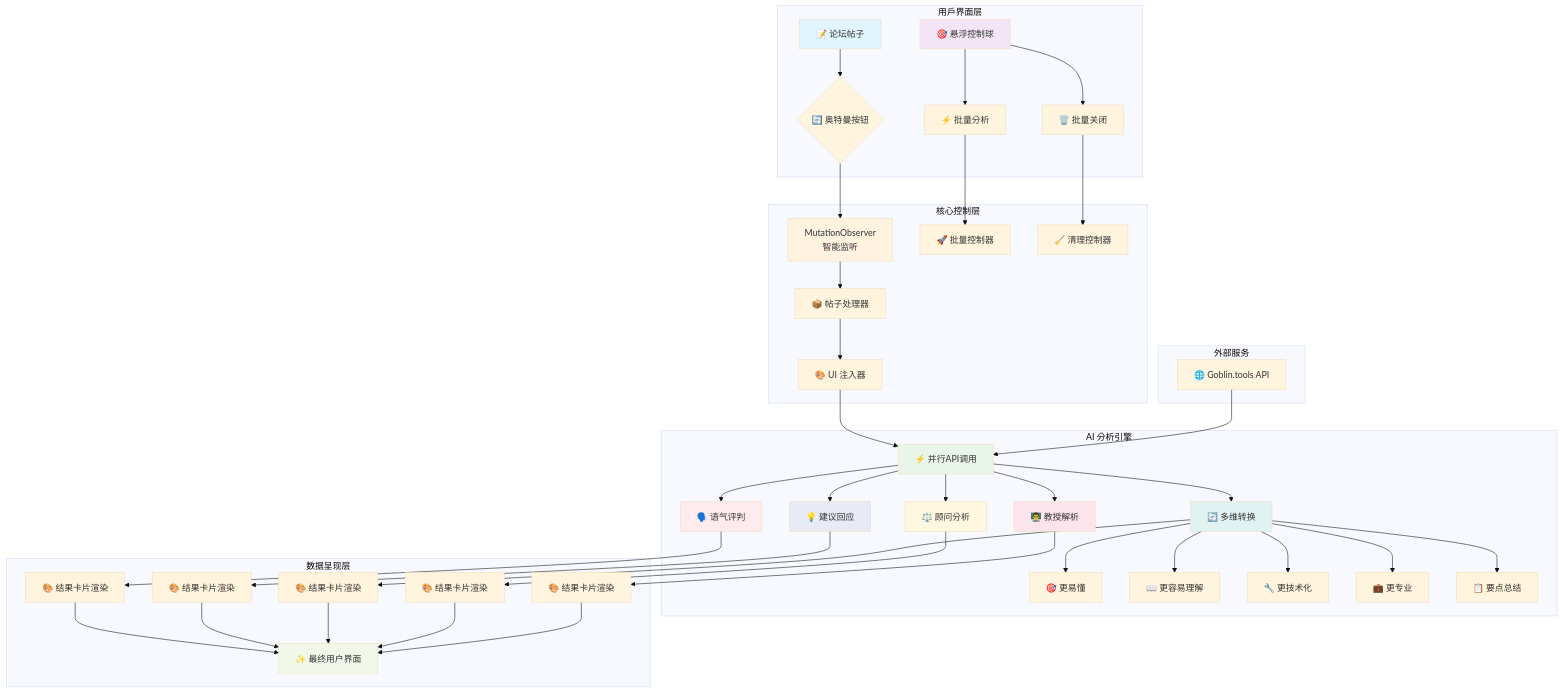
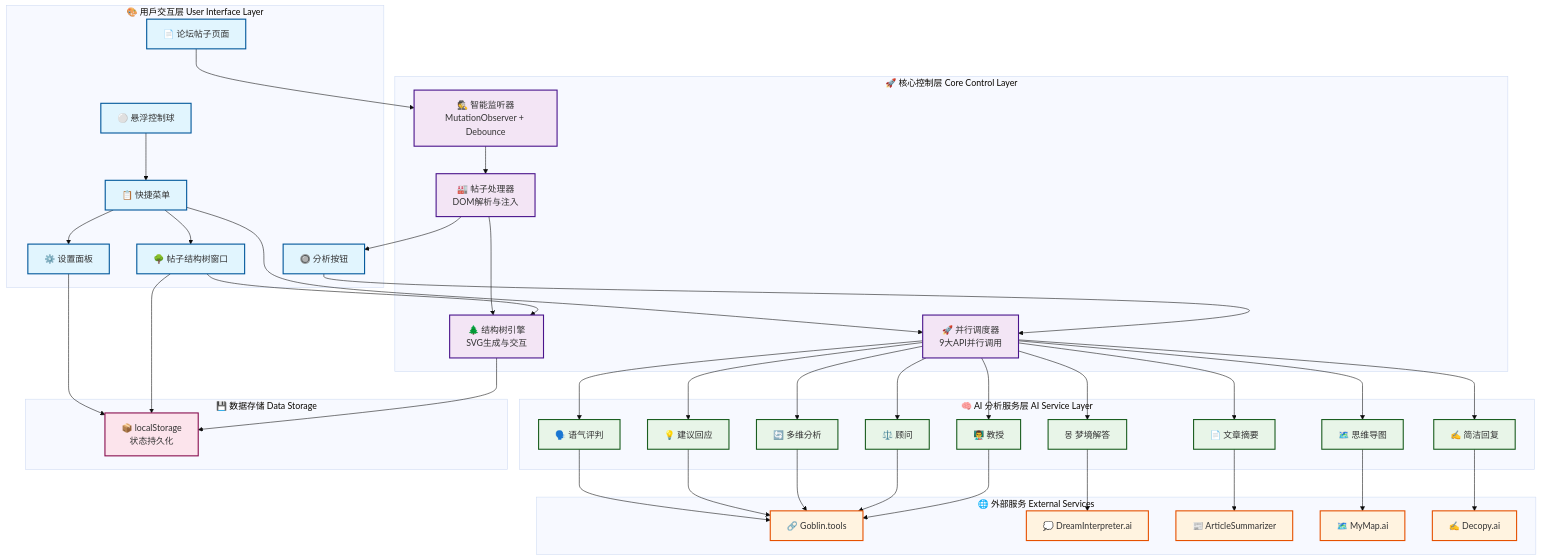
Before and after one commit to lzA6/js-goblin: the first of 2 diagrams in README.md, drawn with Mermaid (base theme). The commit also changed other lines of this file, not shown here.

````diff
--- a/README.md
+++ b/README.md
@@ -110,62 +182,95 @@
 ```mermaid
 graph TB
-    subgraph "用户界面层"
-        A[📝 论坛帖子] --> B{🔄 奥特曼按钮}
-        C[🎯 悬浮控制球] --> D[⚡ 批量分析]
-        C --> E[🗑️ 批量关闭]
+    %% 用户交互层
+    subgraph UI["🎨 用户交互层 User Interface Layer"]
+        A[📄 论坛帖子页面]
+        B[🔘 分析按钮]
+        C[⚪ 悬浮控制球]
+        D[📋 快捷菜单]
+        E[⚙️ 设置面板]
+        F[🌳 帖子结构树窗口]
     end
 
-    subgraph "核心控制层"
-        B --> F[MutationObserver<br>智能监听]
-        F --> G[📦 帖子处理器]
-        G --> H[🎨 UI 注入器]
-        
-        D --> I[🚀 批量控制器]
-        E --> J[🧹 清理控制器]
+    %% 核心控制层
+    subgraph Core["🚀 核心控制层 Core Control Layer"]
+        G[🕵️ 智能监听器<br/>MutationObserver + Debounce]
+        H[🏭 帖子处理器<br/>DOM解析与注入]
+        I[🌲 结构树引擎<br/>SVG生成与交互]
+        J[🚀 并行调度器<br/>9大API并行调用]
     end
 
-    subgraph "AI 分析引擎"
-        H --> K[⚡ 并行API调用]
-        
-        K --> L1[🗣️ 语气评判]
-        K --> L2[💡 建议回应]
-        K --> L3[🔄 多维转换]
-        K --> L4[⚖️ 顾问分析]
-        K --> L5[👨‍🏫 教授解析]
-        
-        L3 --> M1[🎯 更易懂]
-        L3 --> M2[📖 更容易理解]
-        L3 --> M3[🔧 更技术化]
-        L3 --> M4[💼 更专业]
-        L3 --> M5[📋 要点总结]
+    %% AI服务层
+    subgraph AI["🧠 AI 分析服务层 AI Service Layer"]
+        K1[🗣️ 语气评判]
+        K2[💡 建议回应]
+        K3[🔄 多维分析]
+        K4[⚖️ 顾问]
+        K5[👨‍🏫 教授]
+        K6[몽 梦境解答]
+        K7[📄 文章摘要]
+        K8[🗺️ 思维导图]
+        K9[✍️ 简洁回复]
     end
 
-    subgraph "数据呈现层"
-        L1 --> N1[🎨 结果卡片渲染]
-        L2 --> N2[🎨 结果卡片渲染]
-        L3 --> N3[🎨 结果卡片渲染]
-        L4 --> N4[🎨 结果卡片渲染]
-        L5 --> N5[🎨 结果卡片渲染]
-        
-        N1 --> O[✨ 最终用户界面]
-        N2 --> O
-        N3 --> O
-        N4 --> O
-        N5 --> O
+    %% 外部服务
+    subgraph External["🌐 外部服务 External Services"]
+        L1[🔗 Goblin.tools]
+        L2[💭 DreamInterpreter.ai]
+        L3[📰 ArticleSummarizer]
+        L4[🗺️ MyMap.ai]
+        L5[✍️ Decopy.ai]
     end
 
-    subgraph "外部服务"
-        P[🌐 Goblin.tools API] --> K
+    %% 数据存储
+    subgraph Storage["💾 数据存储 Data Storage"]
+        M[📦 localStorage<br/>状态持久化]
     end
 
-    style A fill:#e1f5fe
-    style C fill:#f3e5f5
-    style F fill:#fff3e0
-    style K fill:#e8f5e8
-    style L1 fill:#ffebee
-    style L2 fill:#e8eaf6
-    style L3 fill:#e0f2f1
-    style L4 fill:#fff8e1
-    style L5 fill:#fce4ec
-    style O fill:#f1f8e9
+    %% 连接关系
+    A --> G
+    G --> H
+    H --> B
+    H --> I
+    C --> D
+    D --> E
+    D --> F
+    D --> J
+    B --> J
+    J --> K1
+    J --> K2
+    J --> K3
+    J --> K4
+    J --> K5
+    J --> K6
+    J --> K7
+    J --> K8
+    J --> K9
+    
+    K1 --> L1
+    K2 --> L1
+    K3 --> L1
+    K4 --> L1
+    K5 --> L1
+    K6 --> L2
+    K7 --> L3
+    K8 --> L4
+    K9 --> L5
+    
+    F --> I
+    E --> M
+    F --> M
+    I --> M
+    
+    %% 样式定义
+    classDef uiLayer fill:#e1f5fe,stroke:#01579b,stroke-width:2px
+    classDef coreLayer fill:#f3e5f5,stroke:#4a148c,stroke-width:2px
+    classDef aiLayer fill:#e8f5e8,stroke:#1b5e20,stroke-width:2px
+    classDef externalLayer fill:#fff3e0,stroke:#e65100,stroke-width:2px
+    classDef storageLayer fill:#fce4ec,stroke:#880e4f,stroke-width:2px
+    
+    class A,B,C,D,E,F uiLayer
+    class G,H,I,J coreLayer
+    class K1,K2,K3,K4,K5,K6,K7,K8,K9 aiLayer
+    class L1,L2,L3,L4,L5 externalLayer
+    class M storageLayer
 ```
````
